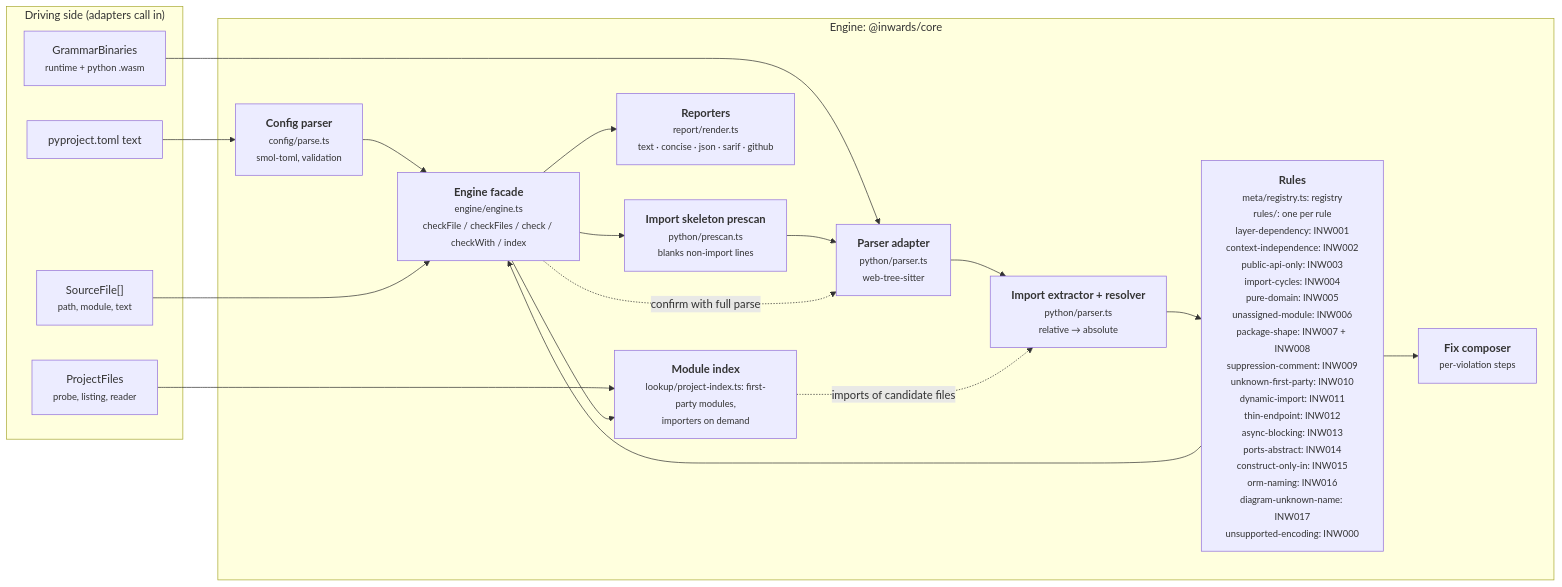
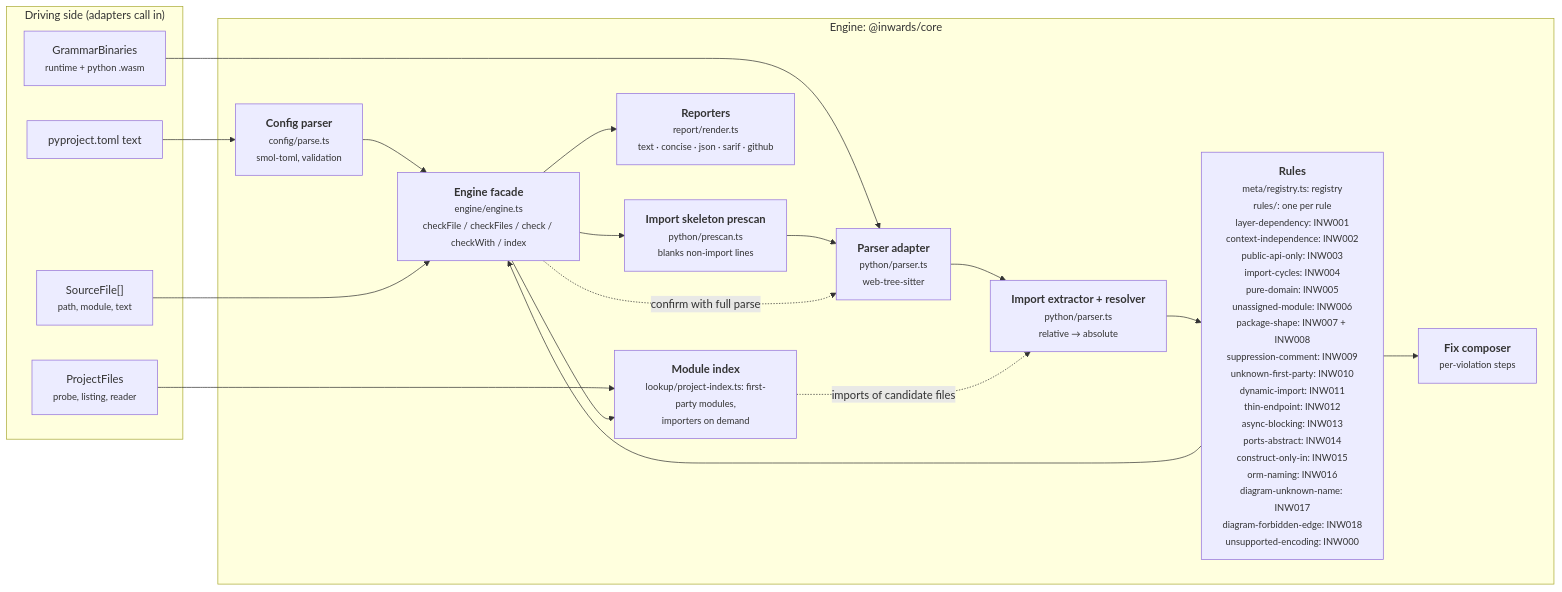
One commit to SirCypkowskyy/inwards changed the third of 6 diagrams in docs/chapters/03-Architecture-C4.md. Above: the diagram before and after it, drawn with Mermaid. The commit also changed other lines of this file and 52 other files, not shown here.

First line of the commit message:
feat(rules): add INW018 diagram-forbidden-edge and inwards import-diagram (#365)

````diff
--- a/docs/chapters/03-Architecture-C4.md
+++ b/docs/chapters/03-Architecture-C4.md
@@ -105,33 +105,33 @@
 ```mermaid
 flowchart LR
     subgraph driving["Driving side (adapters call in)"]
         files["SourceFile[]<br/><small>path, module, text</small>"]
         pfiles["ProjectFiles<br/><small>probe, listing, reader</small>"]
         cfgtext["pyproject.toml text"]
         wasm["GrammarBinaries<br/><small>runtime + python .wasm</small>"]
     end
 
     subgraph enginebox["Engine: @inwards/core"]
         config["<b>Config parser</b><br/><small>config/parse.ts<br/>smol-toml, validation</small>"]
         pre["<b>Import skeleton prescan</b><br/><small>python/prescan.ts<br/>blanks non-import lines</small>"]
         parser["<b>Parser adapter</b><br/><small>python/parser.ts<br/>web-tree-sitter</small>"]
         extract["<b>Import extractor + resolver</b><br/><small>python/parser.ts<br/>relative → absolute</small>"]
-        rules["<b>Rules</b><br/><small>meta/registry.ts: registry<br/>rules/: one per rule<br/>layer-dependency: INW001<br/>context-independence: INW002<br/>public-api-only: INW003<br/>import-cycles: INW004<br/>pure-domain: INW005<br/>unassigned-module: INW006<br/>package-shape: INW007 + INW008<br/>suppression-comment: INW009<br/>unknown-first-party: INW010<br/>dynamic-import: INW011<br/>thin-endpoint: INW012<br/>async-blocking: INW013<br/>ports-abstract: INW014<br/>construct-only-in: INW015<br/>orm-naming: INW016<br/>diagram-unknown-name: INW017<br/>unsupported-encoding: INW000</small>"]
+        rules["<b>Rules</b><br/><small>meta/registry.ts: registry<br/>rules/: one per rule<br/>layer-dependency: INW001<br/>context-independence: INW002<br/>public-api-only: INW003<br/>import-cycles: INW004<br/>pure-domain: INW005<br/>unassigned-module: INW006<br/>package-shape: INW007 + INW008<br/>suppression-comment: INW009<br/>unknown-first-party: INW010<br/>dynamic-import: INW011<br/>thin-endpoint: INW012<br/>async-blocking: INW013<br/>ports-abstract: INW014<br/>construct-only-in: INW015<br/>orm-naming: INW016<br/>diagram-unknown-name: INW017<br/>diagram-forbidden-edge: INW018<br/>unsupported-encoding: INW000</small>"]
         fix["<b>Fix composer</b><br/><small>per-violation steps</small>"]
         report["<b>Reporters</b><br/><small>report/render.ts<br/>text · concise · json · sarif · github</small>"]
         engine["<b>Engine facade</b><br/><small>engine/engine.ts<br/>checkFile / checkFiles / check / checkWith / index</small>"]
         modgraph["<b>Module index</b><br/><small>lookup/project-index.ts: first-party modules,<br/>importers on demand</small>"]
     end
 
     cfgtext --> config --> engine
     wasm --> parser
     files --> engine
     engine --> pre --> parser --> extract --> rules
     rules --> fix
     rules --> engine
     engine -. "confirm with full parse" .-> parser
     pfiles --> modgraph
     engine --> modgraph
     modgraph -. "imports of candidate files" .-> extract
     engine --> report
 ```
````
